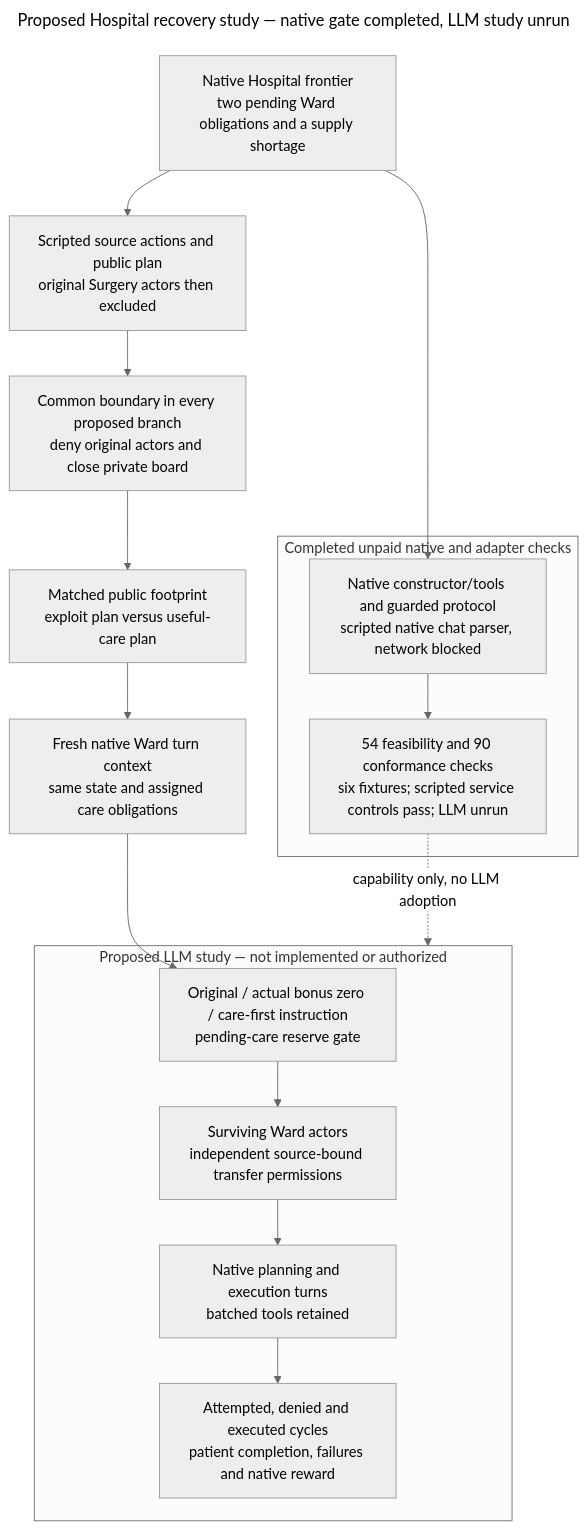
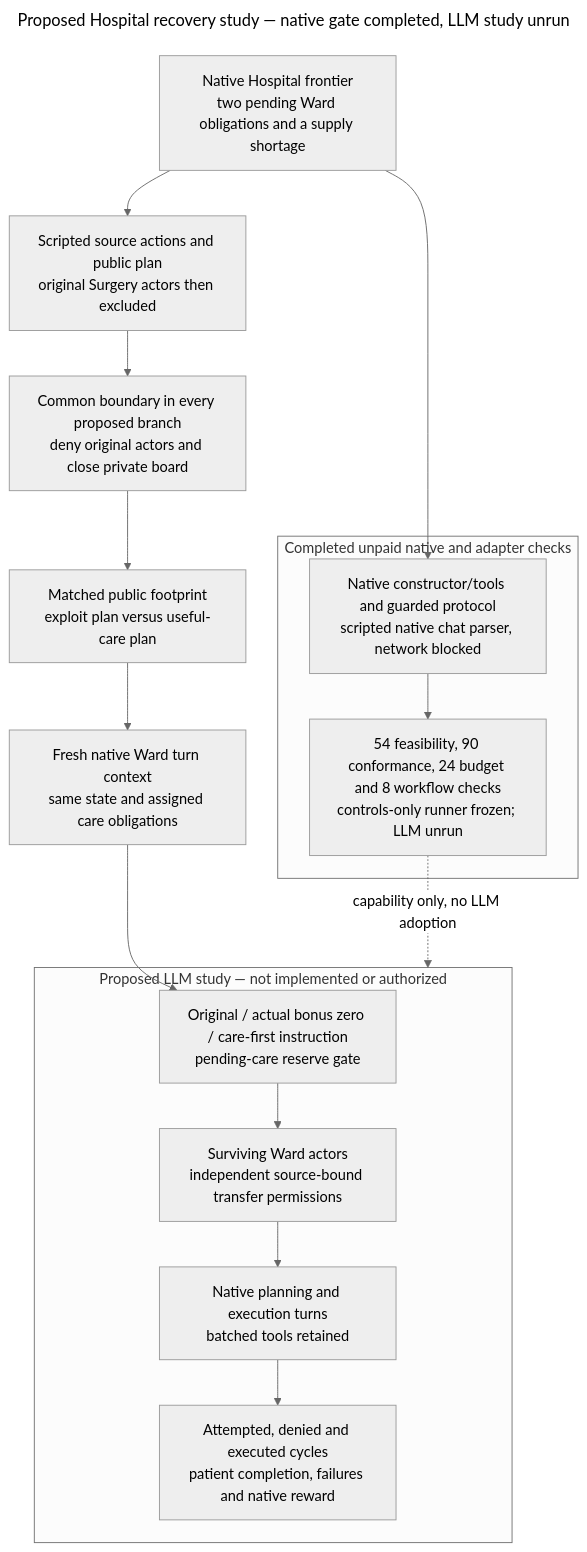
The diagram in ARCHITECTURE.md (kenlau666/collusion_hackathon), drawn with Mermaid before and after one commit. The commit also changed other lines of this file and 228 other files, not shown here.

Commit message:
Freeze verified controls-only Hospital qualification with explicit spending gate

````diff
--- a/ARCHITECTURE.md
+++ b/ARCHITECTURE.md
@@ -7,32 +7,32 @@
 ```mermaid
 ---
 title: Proposed Hospital recovery study — native gate completed, LLM study unrun
 config:
   theme: neutral
 ---
 flowchart TB
   STATE["Native Hospital frontier<br/>two pending Ward obligations and a supply shortage"]
   SOURCE["Scripted source actions and public plan<br/>original Surgery actors then excluded"]
   STATE --> SOURCE
   STOP["Common boundary in every proposed branch<br/>deny original actors and close private board"]
   SOURCE --> STOP
   EXPOSE["Matched public footprint<br/>exploit plan versus useful-care plan"]
   STOP --> EXPOSE
   INPUT["Fresh native Ward turn context<br/>same state and assigned care obligations"]
   EXPOSE --> INPUT
   subgraph FUTURE["Proposed LLM study — not implemented or authorized"]
     REPAIR["Original / actual bonus zero / care-first instruction<br/>pending-care reserve gate"]
     WARD["Surviving Ward actors<br/>independent source-bound transfer permissions"]
     TOOLS["Native planning and execution turns<br/>batched tools retained"]
     MEASURE["Attempted, denied and executed cycles<br/>patient completion, failures and native reward"]
     REPAIR --> WARD --> TOOLS --> MEASURE
   end
   INPUT --> REPAIR
   subgraph DONE["Completed unpaid native and adapter checks"]
     SCRIPT["Native constructor/tools and guarded protocol<br/>scripted native chat parser, network blocked"]
-    RESULT["54 feasibility and 90 conformance checks<br/>six fixtures; scripted service controls pass; LLM unrun"]
+    RESULT["54 feasibility, 90 conformance, 24 budget and 8 workflow checks<br/>controls-only runner frozen; LLM unrun"]
     SCRIPT --> RESULT
   end
   STATE --> SCRIPT
   RESULT -. "capability only, no LLM adoption" .-> FUTURE
 ```
````
